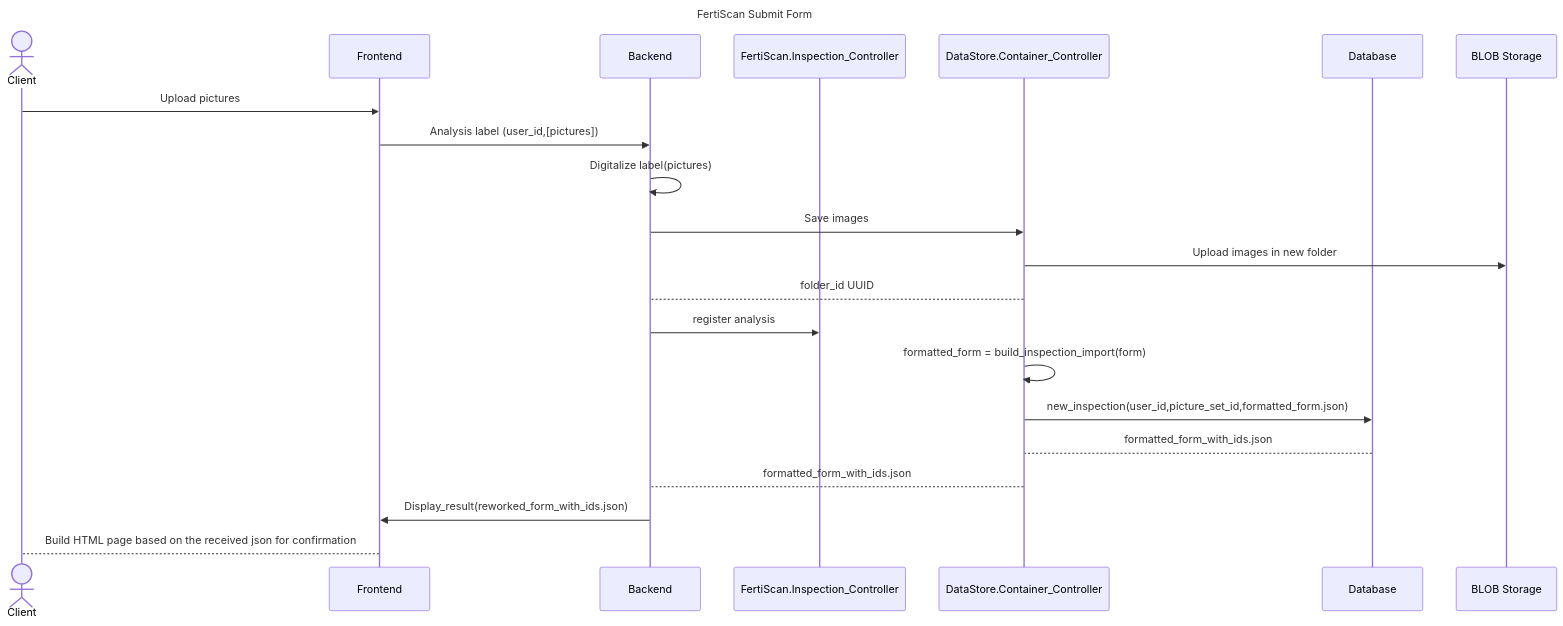
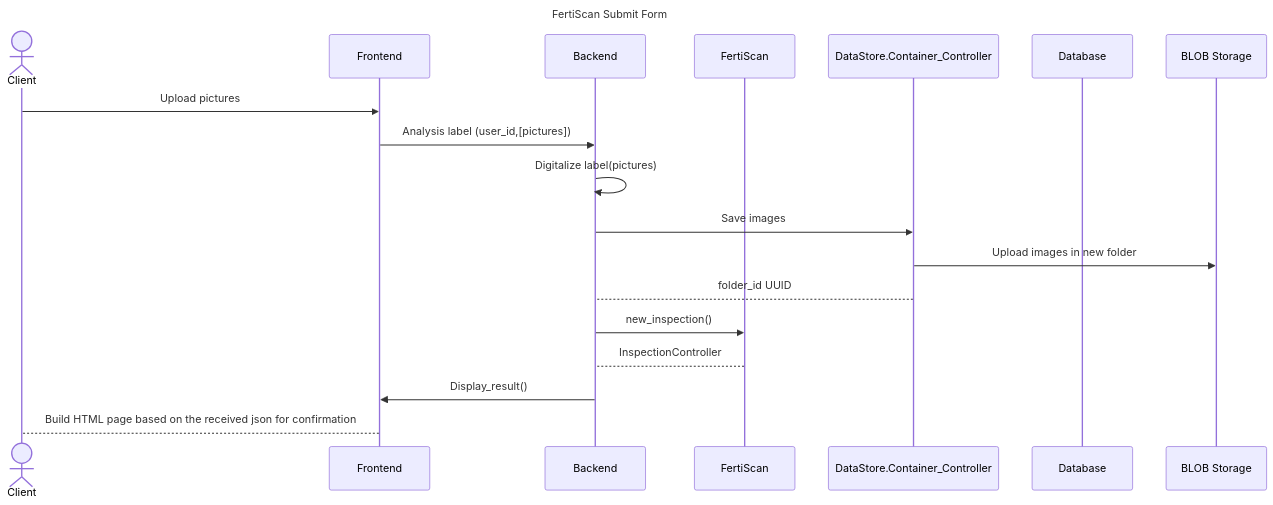
One commit to ai-cfia/ailab-datastore changed the second of 3 diagrams in fertiscan/doc/new-inspection.md. Above: the diagram before and after it, drawn with Mermaid. The commit also changed 2 other files, not shown here.

Commit message:
Issue #224: Fix Doc formatting

````diff
--- a/fertiscan/doc/new-inspection.md
+++ b/fertiscan/doc/new-inspection.md
@@ -165,28 +165,24 @@
 ```mermaid
 sequenceDiagram
     title FertiScan Submit Form
     actor C as Client
     participant FE as Frontend
     participant BE as Backend
-    participant FS as FertiScan.Inspection_Controller
+    participant FS as FertiScan
     participant DS as DataStore.Container_Controller
     participant DB as Database
     participant blob as BLOB Storage
 
     C ->> FE: Upload pictures
     FE ->> BE: Analysis label (user_id,[pictures])
     BE ->> BE: Digitalize label(pictures)
     BE ->> DS: Save images
     DS ->> blob: Upload images in new folder
     DS --> BE: folder_id UUID
     
-    BE ->> FS: register analysis
-    DS ->> DS: formatted_form = build_inspection_import(form)
-    DS ->> DB: new_inspection(user_id,picture_set_id,formatted_form.json)
-    DB --> DS: formatted_form_with_ids.json
-
-    DS --> BE: formatted_form_with_ids.json
-    BE ->> FE: Display_result(reworked_form_with_ids.json)
+    BE ->> FS: new_inspection()
+    FS --> BE: InspectionController
+    BE ->> FE: Display_result()
     FE --> C: Build HTML page based on the received json for confirmation
 
 ```
````
